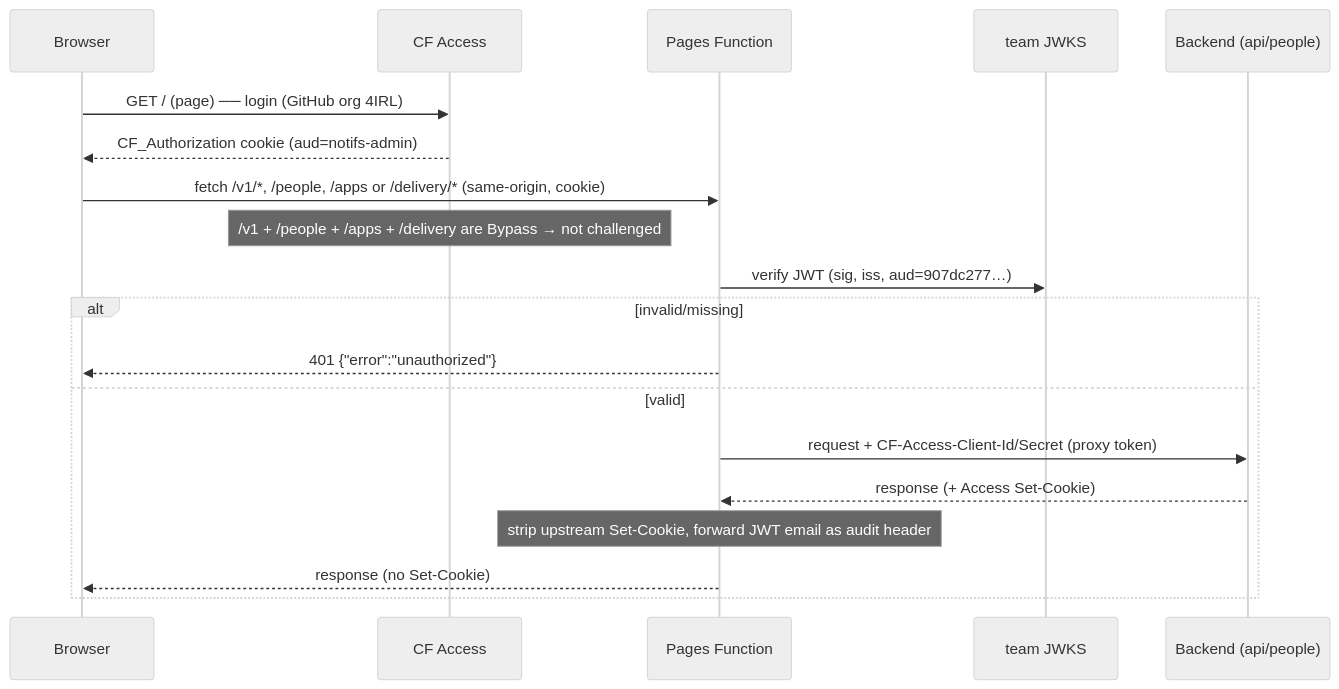
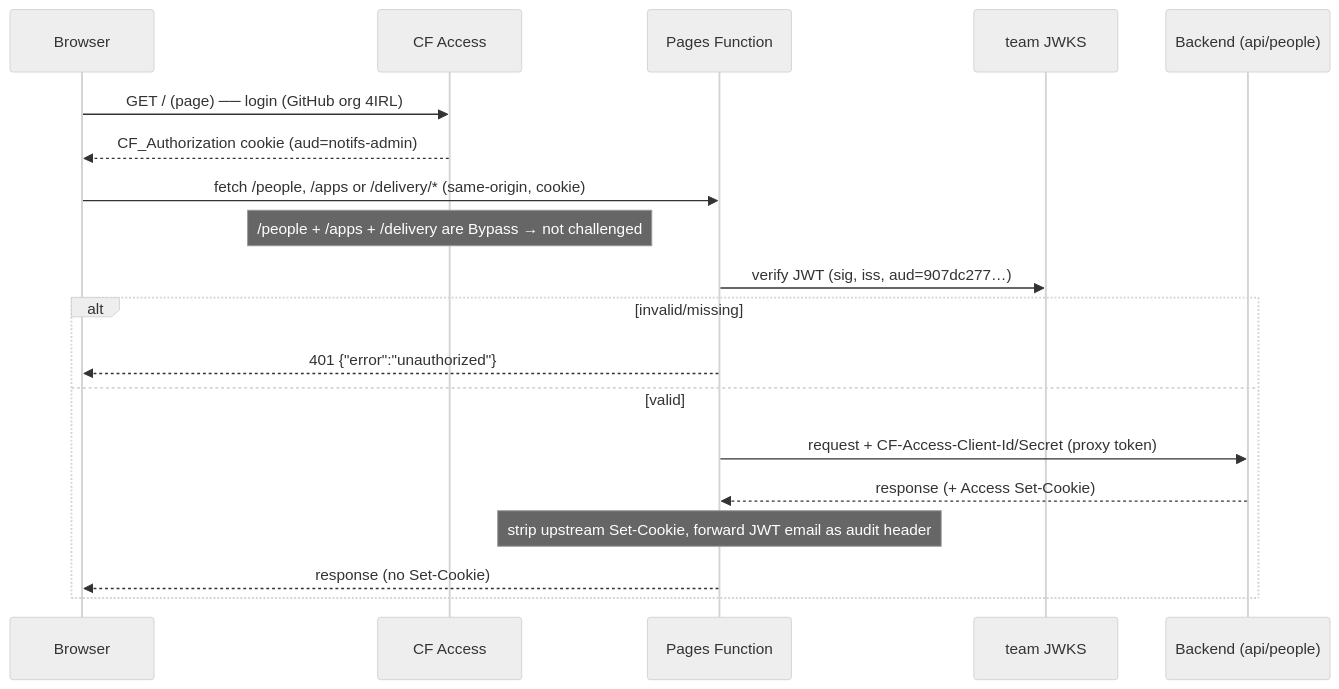
The second of 4 diagrams in ARCHITECTURE.md (4IRL/4irl-notifs), drawn with Mermaid (neutral theme) before and after one commit. The commit also changed other lines of this file and 13 other files, not shown here.

````diff
--- a/ARCHITECTURE.md
+++ b/ARCHITECTURE.md
@@ -409,21 +409,21 @@
 ```mermaid
 sequenceDiagram
   participant B as Browser
   participant A as CF Access
   participant F as Pages Function
   participant K as team JWKS
   participant S as Backend (api/people)
   B->>A: GET / (page)  ── login (GitHub org 4IRL)
   A-->>B: CF_Authorization cookie (aud=notifs-admin)
-  B->>F: fetch /v1/*, /people, /apps or /delivery/* (same-origin, cookie)
-  Note over A: /v1 + /people + /apps + /delivery are Bypass → not challenged
+  B->>F: fetch /people, /apps or /delivery/* (same-origin, cookie)
+  Note over A: /people + /apps + /delivery are Bypass → not challenged
   F->>K: verify JWT (sig, iss, aud=907dc277…)
   alt invalid/missing
     F-->>B: 401 {"error":"unauthorized"}
   else valid
     F->>S: request + CF-Access-Client-Id/Secret (proxy token)
     S-->>F: response (+ Access Set-Cookie)
     Note over F: strip upstream Set-Cookie, forward JWT email as audit header
     F-->>B: response (no Set-Cookie)
   end
 ```
````
